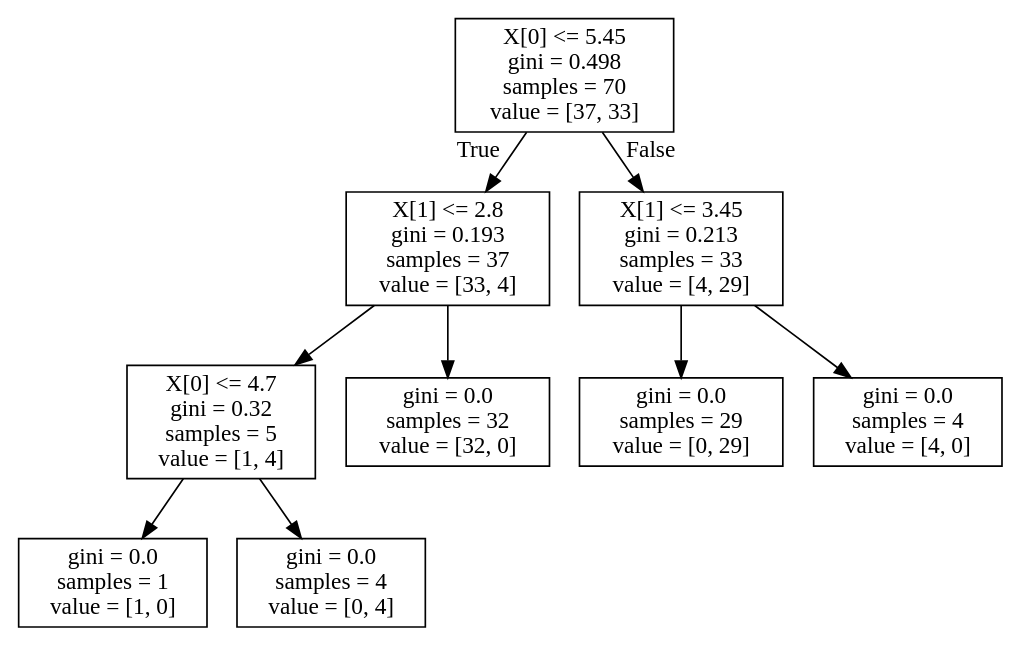
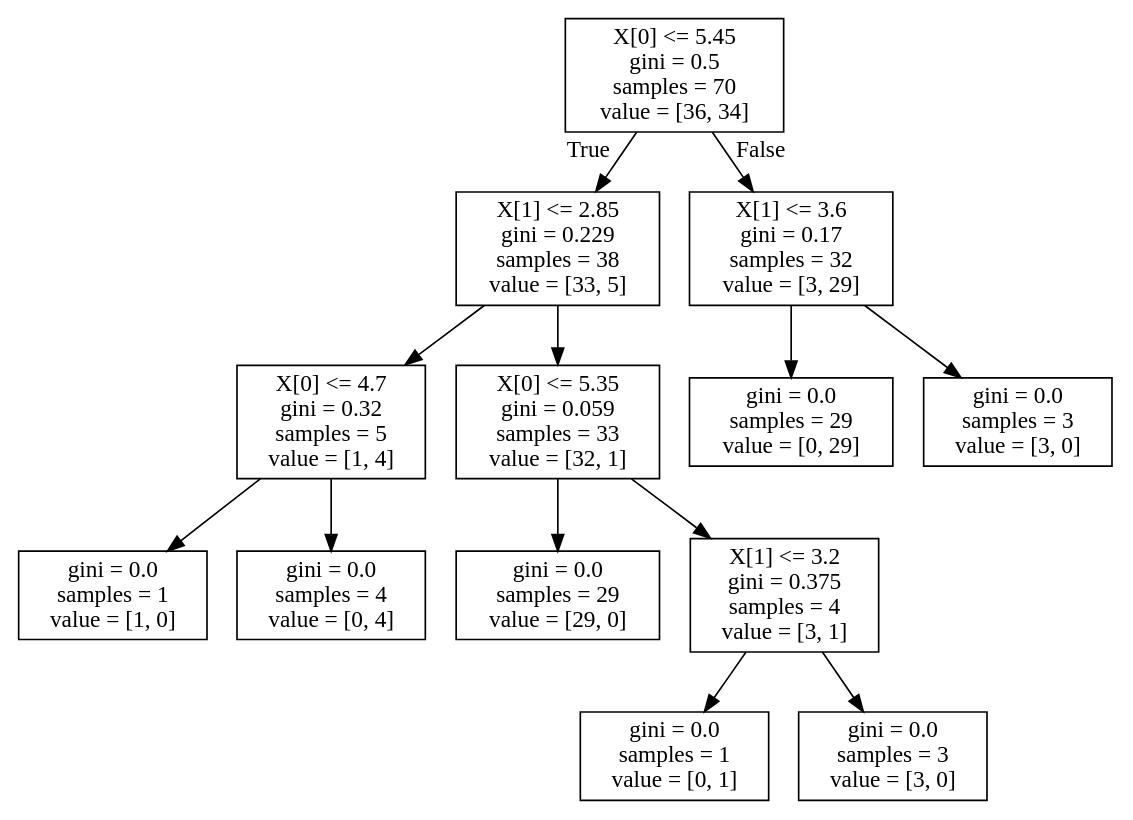
Before and after one commit to Heyra-Joker/Classic_machine_learning: the diagram in picture/mytree.dot, drawn with Graphviz. The commit also changed 7 other files, not shown here.

```diff
--- a/picture/mytree.dot
+++ b/picture/mytree.dot
@@ -1,20 +1,28 @@
 digraph Tree {
 node [shape=box] ;
-0 [label="X[0] <= 5.45\ngini = 0.498\nsamples = 70\nvalue = [37, 33]"] ;
-1 [label="X[1] <= 2.8\ngini = 0.193\nsamples = 37\nvalue = [33, 4]"] ;
+0 [label="X[0] <= 5.45\ngini = 0.5\nsamples = 70\nvalue = [36, 34]"] ;
+1 [label="X[1] <= 2.85\ngini = 0.229\nsamples = 38\nvalue = [33, 5]"] ;
 0 -> 1 [labeldistance=2.5, labelangle=45, headlabel="True"] ;
 2 [label="X[0] <= 4.7\ngini = 0.32\nsamples = 5\nvalue = [1, 4]"] ;
 1 -> 2 ;
 3 [label="gini = 0.0\nsamples = 1\nvalue = [1, 0]"] ;
 2 -> 3 ;
 4 [label="gini = 0.0\nsamples = 4\nvalue = [0, 4]"] ;
 2 -> 4 ;
-5 [label="gini = 0.0\nsamples = 32\nvalue = [32, 0]"] ;
+5 [label="X[0] <= 5.35\ngini = 0.059\nsamples = 33\nvalue = [32, 1]"] ;
 1 -> 5 ;
-6 [label="X[1] <= 3.45\ngini = 0.213\nsamples = 33\nvalue = [4, 29]"] ;
-0 -> 6 [labeldistance=2.5, labelangle=-45, headlabel="False"] ;
-7 [label="gini = 0.0\nsamples = 29\nvalue = [0, 29]"] ;
-6 -> 7 ;
-8 [label="gini = 0.0\nsamples = 4\nvalue = [4, 0]"] ;
-6 -> 8 ;
+6 [label="gini = 0.0\nsamples = 29\nvalue = [29, 0]"] ;
+5 -> 6 ;
+7 [label="X[1] <= 3.2\ngini = 0.375\nsamples = 4\nvalue = [3, 1]"] ;
+5 -> 7 ;
+8 [label="gini = 0.0\nsamples = 1\nvalue = [0, 1]"] ;
+7 -> 8 ;
+9 [label="gini = 0.0\nsamples = 3\nvalue = [3, 0]"] ;
+7 -> 9 ;
+10 [label="X[1] <= 3.6\ngini = 0.17\nsamples = 32\nvalue = [3, 29]"] ;
+0 -> 10 [labeldistance=2.5, labelangle=-45, headlabel="False"] ;
+11 [label="gini = 0.0\nsamples = 29\nvalue = [0, 29]"] ;
+10 -> 11 ;
+12 [label="gini = 0.0\nsamples = 3\nvalue = [3, 0]"] ;
+10 -> 12 ;
 }
```
